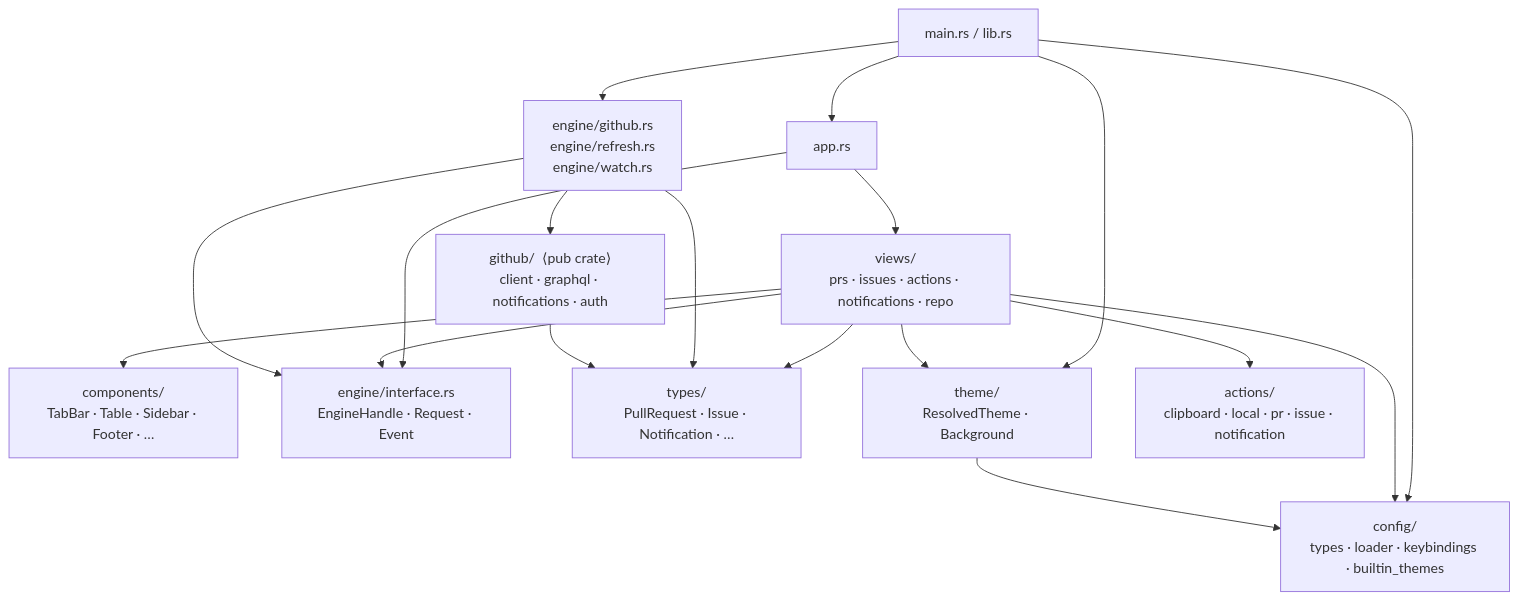
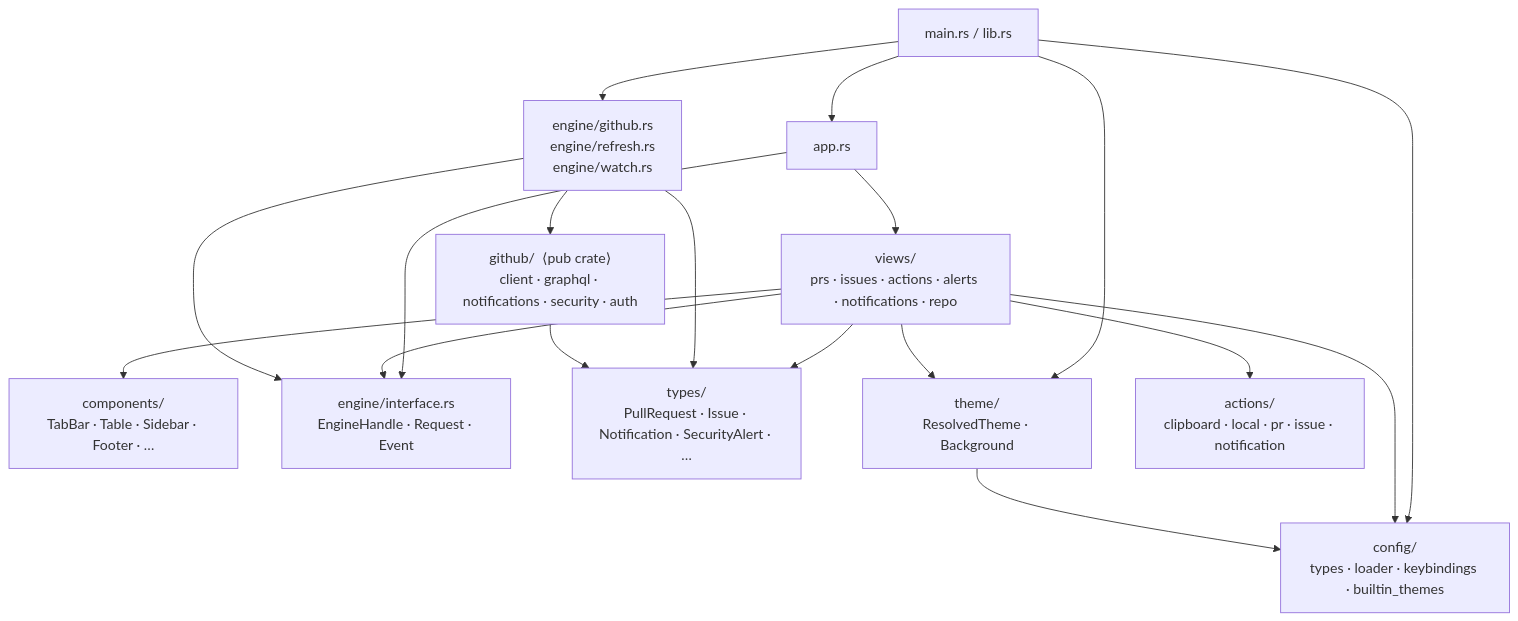
Before and after one commit to graelo/gh-board: the third of 3 diagrams in ARCHITECTURE.md, drawn with Mermaid. The commit also changed other lines of this file and 5 other files, not shown here.

````diff
--- a/ARCHITECTURE.md
+++ b/ARCHITECTURE.md
@@ -85,37 +89,37 @@
 ```mermaid
 graph TD
     main["main.rs / lib.rs"]
     app["app.rs"]
-    views["views/\nprs · issues · actions · notifications · repo"]
+    views["views/\nprs · issues · actions · alerts · notifications · repo"]
     components["components/\nTabBar · Table · Sidebar · Footer · …"]
     engine_iface["engine/interface.rs\nEngineHandle · Request · Event"]
     engine_impl["engine/github.rs\nengine/refresh.rs\nengine/watch.rs"]
-    github["github/  ⟨pub crate⟩\nclient · graphql · notifications · auth"]
-    types["types/\nPullRequest · Issue · Notification · …"]
+    github["github/  ⟨pub crate⟩\nclient · graphql · notifications · security · auth"]
+    types["types/\nPullRequest · Issue · Notification · SecurityAlert · …"]
     config["config/\ntypes · loader · keybindings · builtin_themes"]
     theme["theme/\nResolvedTheme · Background"]
     actions["actions/\nclipboard · local · pr · issue · notification"]
 
     main --> app
     main --> config
     main --> theme
     main --> engine_impl
 
     app --> views
     app --> engine_iface
 
     views --> components
     views --> engine_iface
     views --> types
     views --> config
     views --> theme
     views --> actions
 
     engine_impl --> engine_iface
     engine_impl --> github
     engine_impl --> types
 
     github --> types
 
     theme --> config
 ```
````
